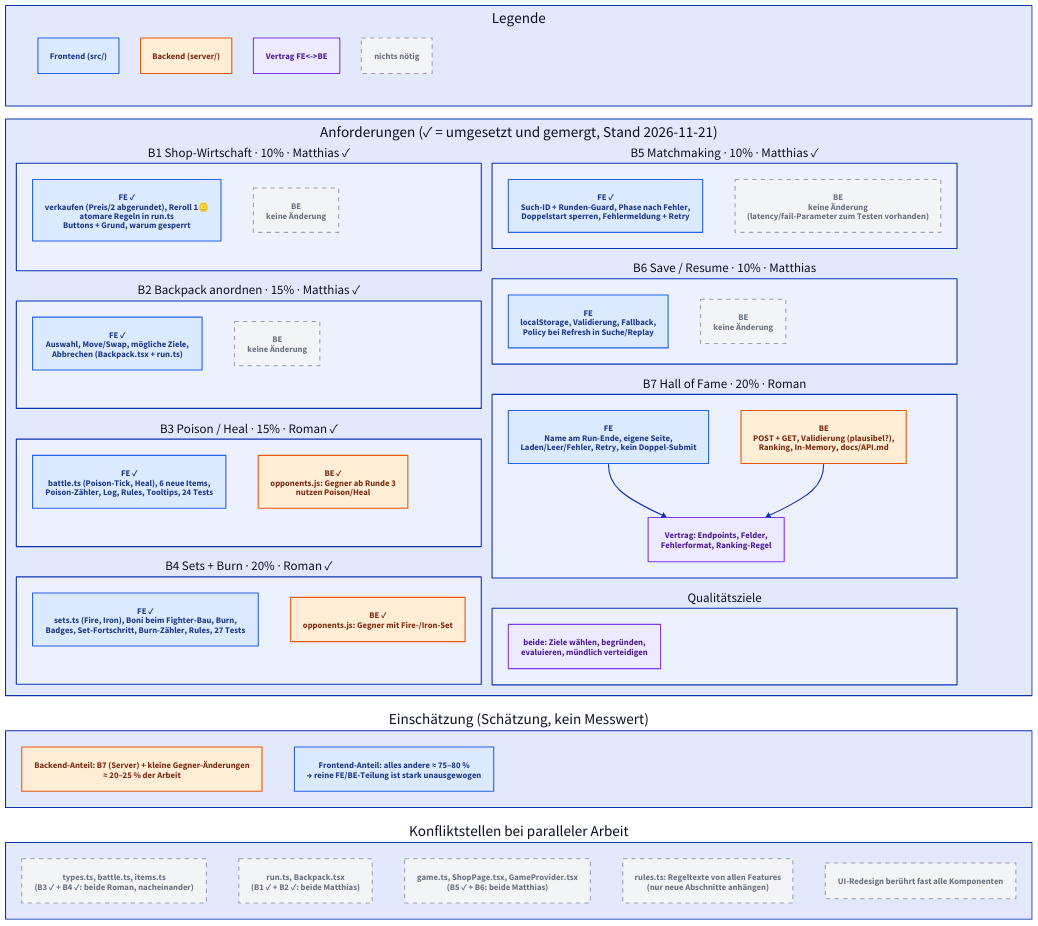
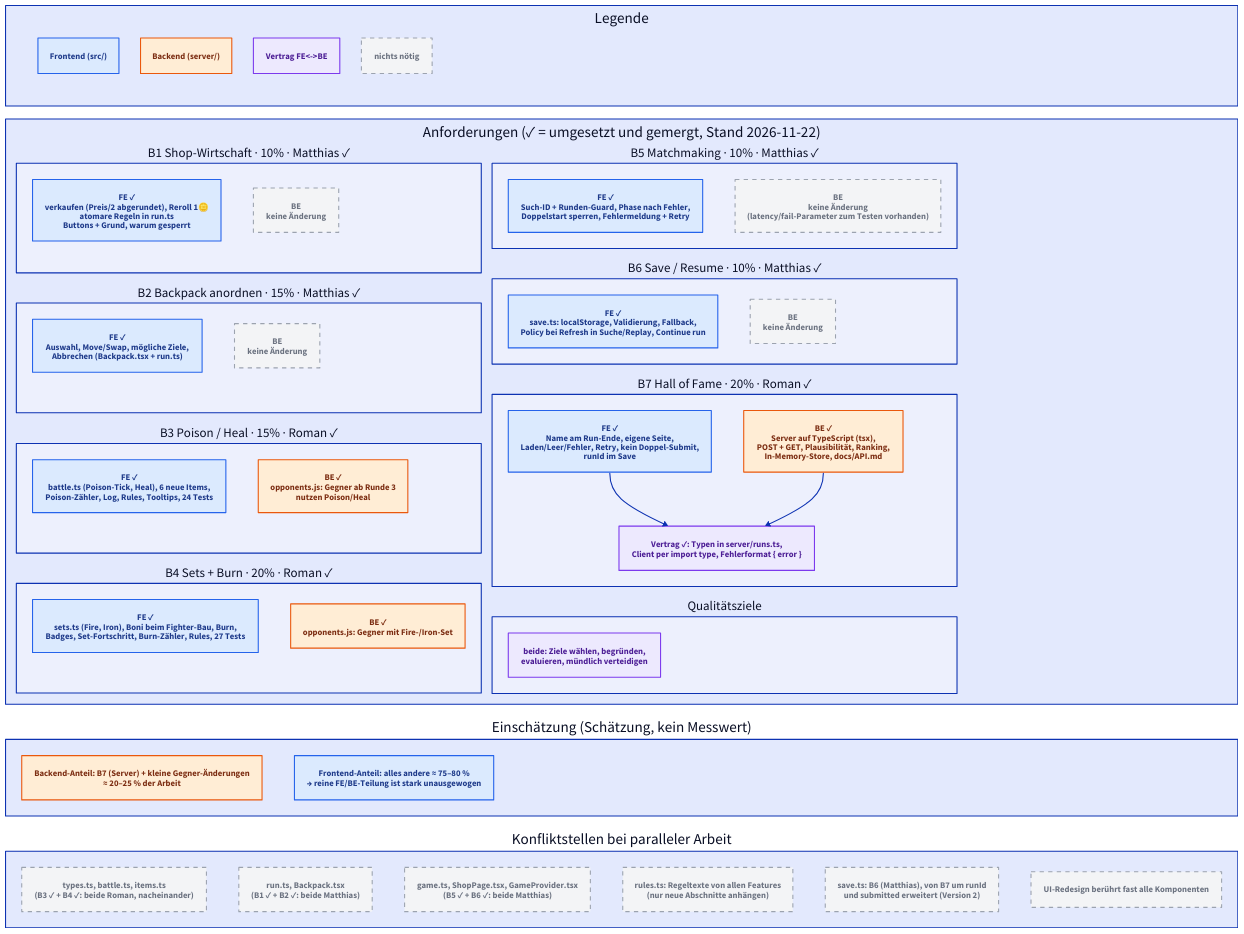
The diagram in docs/diagrams/split.d2 (Roman0-5/backpack-brawl-MaRo), drawn with D2 before and after one commit. The commit also changed 6 other files, not shown here.

Commit message:
docs: B7 commit hashes nach merge eingetragen und Doku samt Diagramme aktualisiert

```diff
--- a/docs/diagrams/split.d2
+++ b/docs/diagrams/split.d2
@@ -1,70 +1,71 @@
 grid-columns: 1
 grid-gap: 24
 
 classes: {
   fe: { style: { fill: "#dbeafe"; stroke: "#2563eb"; font-color: "#1e3a8a" } }
   be: { style: { fill: "#ffedd5"; stroke: "#ea580c"; font-color: "#7c2d12" } }
   none: { style: { fill: "#f3f4f6"; stroke: "#9ca3af"; font-color: "#6b7280"; stroke-dash: 4 } }
   shared: { style: { fill: "#ede9fe"; stroke: "#7c3aed"; font-color: "#4c1d95" } }
 }
 
 legend: Legende {
   grid-columns: 4
   f: Frontend (src/) { class: fe }
   b: Backend (server/) { class: be }
   s: Vertrag FE<->BE { class: shared }
   n: nichts nötig { class: none }
 }
 
-reqs: "Anforderungen (✓ = umgesetzt und gemergt, Stand 2026-11-21)" {
+reqs: "Anforderungen (✓ = umgesetzt und gemergt, Stand 2026-11-22)" {
   grid-columns: 2
   grid-gap: 20
 
   b1: "B1 Shop-Wirtschaft · 10% · Matthias ✓" {
     fe: "FE ✓\nverkaufen (Preis/2 abgerundet), Reroll 1🪙\natomare Regeln in run.ts\nButtons + Grund, warum gesperrt" { class: fe }
     be: "BE\nkeine Änderung" { class: none }
   }
   b2: "B2 Backpack anordnen · 15% · Matthias ✓" {
     fe: "FE ✓\nAuswahl, Move/Swap, mögliche Ziele,\nAbbrechen (Backpack.tsx + run.ts)" { class: fe }
     be: "BE\nkeine Änderung" { class: none }
   }
   b3: "B3 Poison / Heal · 15% · Roman ✓" {
     fe: "FE ✓\nbattle.ts (Poison-Tick, Heal), 6 neue Items,\nPoison-Zähler, Log, Rules, Tooltips, 24 Tests" { class: fe }
     be: "BE ✓\nopponents.js: Gegner ab Runde 3\nnutzen Poison/Heal" { class: be }
   }
   b4: "B4 Sets + Burn · 20% · Roman ✓" {
     fe: "FE ✓\nsets.ts (Fire, Iron), Boni beim Fighter-Bau, Burn,\nBadges, Set-Fortschritt, Burn-Zähler, Rules, 27 Tests" { class: fe }
     be: "BE ✓\nopponents.js: Gegner mit Fire-/Iron-Set" { class: be }
   }
   b5: "B5 Matchmaking · 10% · Matthias ✓" {
     fe: "FE ✓\nSuch-ID + Runden-Guard, Phase nach Fehler,\nDoppelstart sperren, Fehlermeldung + Retry" { class: fe }
     be: "BE\nkeine Änderung\n(latency/fail-Parameter zum Testen vorhanden)" { class: none }
   }
-  b6: "B6 Save / Resume · 10% · Matthias" {
-    fe: "FE\nlocalStorage, Validierung, Fallback,\nPolicy bei Refresh in Suche/Replay" { class: fe }
+  b6: "B6 Save / Resume · 10% · Matthias ✓" {
+    fe: "FE ✓\nsave.ts: localStorage, Validierung, Fallback,\nPolicy bei Refresh in Suche/Replay, Continue run" { class: fe }
     be: "BE\nkeine Änderung" { class: none }
   }
-  b7: "B7 Hall of Fame · 20% · Roman" {
-    fe: "FE\nName am Run-Ende, eigene Seite,\nLaden/Leer/Fehler, Retry, kein Doppel-Submit" { class: fe }
-    be: "BE\nPOST + GET, Validierung (plausibel?),\nRanking, In-Memory, docs/API.md" { class: be }
-    api: "Vertrag: Endpoints, Felder,\nFehlerformat, Ranking-Regel" { class: shared }
+  b7: "B7 Hall of Fame · 20% · Roman ✓" {
+    fe: "FE ✓\nName am Run-Ende, eigene Seite,\nLaden/Leer/Fehler, Retry, kein Doppel-Submit,\nrunId im Save" { class: fe }
+    be: "BE ✓\nServer auf TypeScript (tsx),\nPOST + GET, Plausibilität, Ranking,\nIn-Memory-Store, docs/API.md" { class: be }
+    api: "Vertrag ✓: Typen in server/runs.ts,\nClient per import type, Fehlerformat { error }" { class: shared }
     fe -> api
     be -> api
   }
   nf: "Qualitätsziele" {
     both: "beide: Ziele wählen, begründen,\nevaluieren, mündlich verteidigen" { class: shared }
   }
 }
 
 summary: "Einschätzung (Schätzung, kein Messwert)" {
   a: "Backend-Anteil: B7 (Server) + kleine Gegner-Änderungen\n≈ 20–25 % der Arbeit" { class: be }
   b: "Frontend-Anteil: alles andere ≈ 75–80 %\n→ reine FE/BE-Teilung ist stark unausgewogen" { class: fe }
 }
 
 hot: "Konfliktstellen bei paralleler Arbeit" {
   a: "types.ts, battle.ts, items.ts\n(B3 ✓ + B4 ✓: beide Roman, nacheinander)" { class: none }
   b: "run.ts, Backpack.tsx\n(B1 ✓ + B2 ✓: beide Matthias)" { class: none }
-  c: "game.ts, ShopPage.tsx, GameProvider.tsx\n(B5 ✓ + B6: beide Matthias)" { class: none }
+  c: "game.ts, ShopPage.tsx, GameProvider.tsx\n(B5 ✓ + B6 ✓: beide Matthias)" { class: none }
   e: "rules.ts: Regeltexte von allen Features\n(nur neue Abschnitte anhängen)" { class: none }
+  f: "save.ts: B6 (Matthias), von B7 um runId\nund submitted erweitert (Version 2)" { class: none }
   d: "UI-Redesign berührt fast alle Komponenten" { class: none }
 }
```
